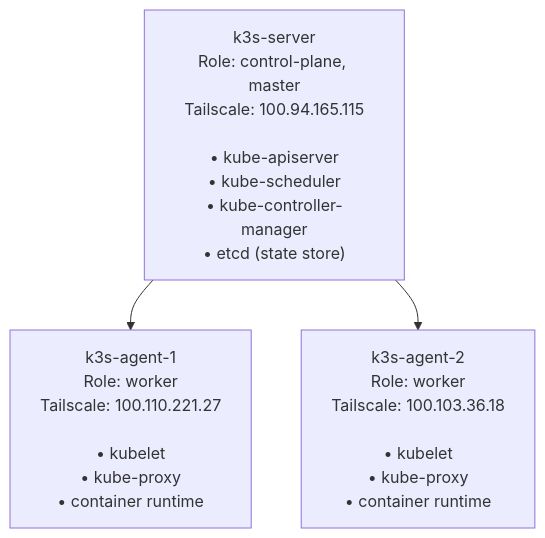
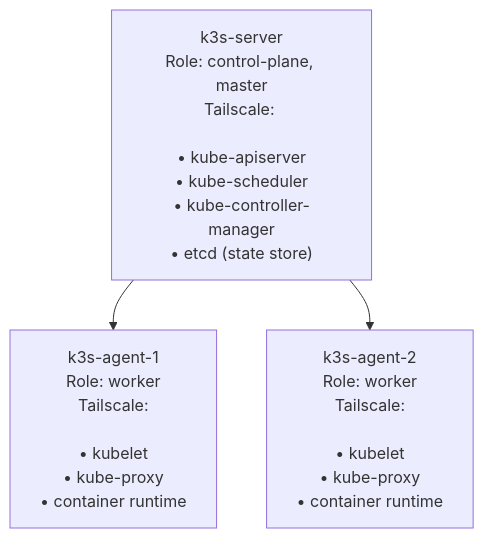
Before and after one commit to hexabyte8/homelab: the diagram in docs/disaster-recovery/technologies/kubernetes-k3s.md, drawn with Mermaid. The commit also changed other lines of this file and 22 other files, not shown here.

````diff
--- a/docs/disaster-recovery/technologies/kubernetes-k3s.md
+++ b/docs/disaster-recovery/technologies/kubernetes-k3s.md
@@ -68,8 +68,8 @@
 ```mermaid
 graph TD
-    srv["k3s-server<br/>Role: control-plane, master<br/>Tailscale: 100.94.165.115<br/><br/>• kube-apiserver<br/>• kube-scheduler<br/>• kube-controller-manager<br/>• etcd (state store)"]
-    ag1["k3s-agent-1<br/>Role: worker<br/>Tailscale: 100.110.221.27<br/><br/>• kubelet<br/>• kube-proxy<br/>• container runtime"]
-    ag2["k3s-agent-2<br/>Role: worker<br/>Tailscale: 100.103.36.18<br/><br/>• kubelet<br/>• kube-proxy<br/>• container runtime"]
+    srv["k3s-server<br/>Role: control-plane, master<br/>Tailscale: <k3s-server-ts-ip><br/><br/>• kube-apiserver<br/>• kube-scheduler<br/>• kube-controller-manager<br/>• etcd (state store)"]
+    ag1["k3s-agent-1<br/>Role: worker<br/>Tailscale: <k3s-agent-1-ts-ip><br/><br/>• kubelet<br/>• kube-proxy<br/>• container runtime"]
+    ag2["k3s-agent-2<br/>Role: worker<br/>Tailscale: <k3s-agent-2-ts-ip><br/><br/>• kubelet<br/>• kube-proxy<br/>• container runtime"]
     srv --> ag1
     srv --> ag2
 ```
````
